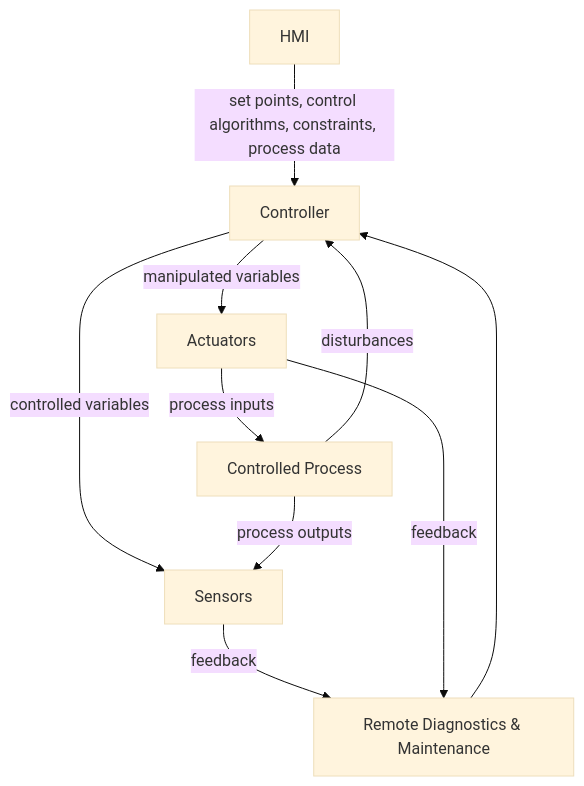
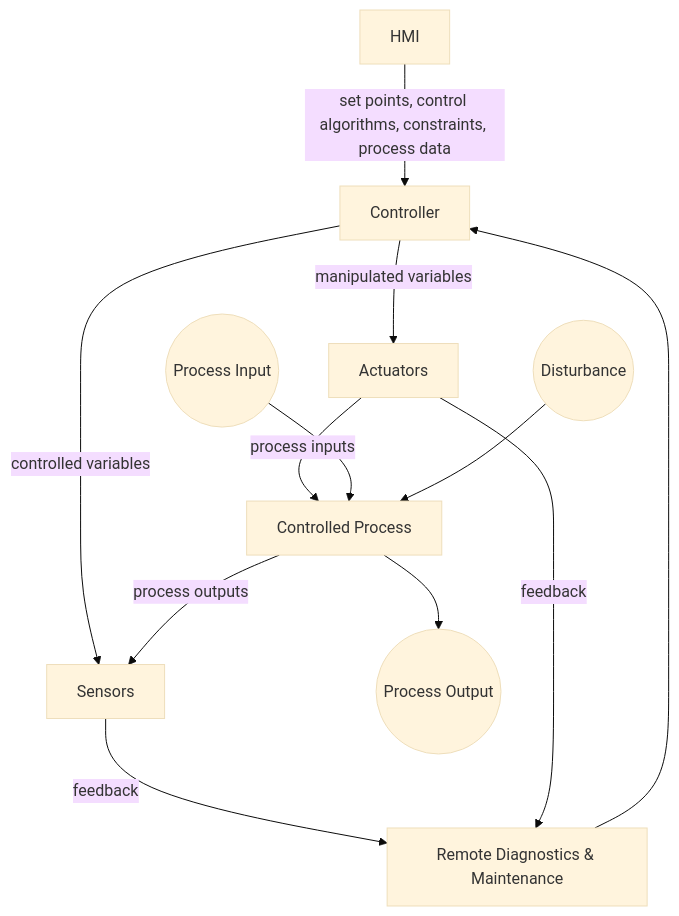
Before and after one commit to r648r/OT-ICS: the diagram in Intro.md, drawn with Mermaid (base theme).

````diff
--- a/Intro.md
+++ b/Intro.md
@@ -93,12 +93,15 @@
 ```mermaid
 flowchart TD
     HMI[HMI] -->|set points, control algorithms, constraints, process data| Controller
     Controller -->|controlled variables| Sensors
     Controller -->|manipulated variables| Actuators
     Sensors -->|feedback| Remote[Remote Diagnostics & Maintenance]
     Actuators -->|feedback| Remote
     Remote --> Controller
     Actuators -->|process inputs| Process[Controlled Process]
+    input1((Process Input)) --> Process
+    disturbance((Disturbance)) --> Process
+    Process --> output1((Process Output))
     Process -->|process outputs| Sensors
-    Process -->|disturbances| Controller
+
 ```
````
